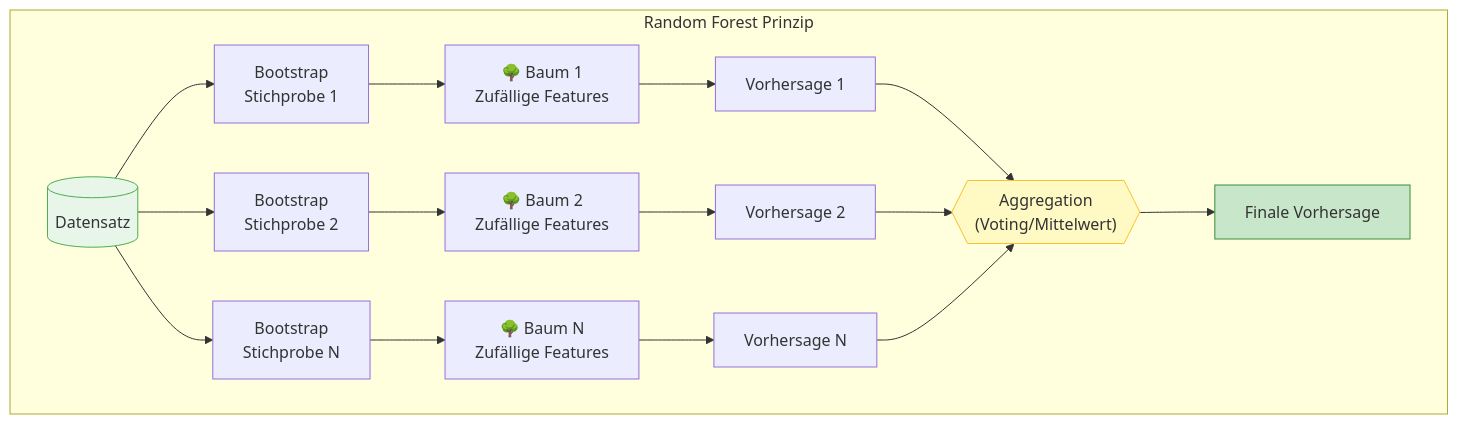
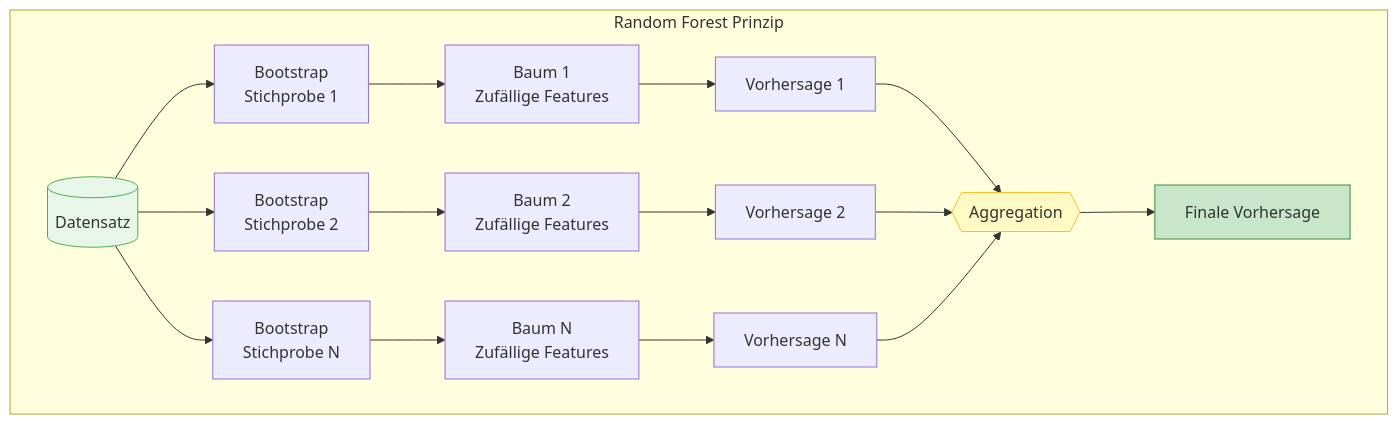
The third of 5 diagrams in docs/concepts/modeling/ensemble.md (ralf-42/ML_Intro), drawn with Mermaid before and after one commit.

````diff
--- a/docs/concepts/modeling/ensemble.md
+++ b/docs/concepts/modeling/ensemble.md
@@ -121,26 +121,26 @@
 ```mermaid
 flowchart TD
     subgraph RF["Random Forest Prinzip"]
         D[("Datensatz")] --> B1["Bootstrap<br>Stichprobe 1"]
         D --> B2["Bootstrap<br>Stichprobe 2"]
         D --> BN["Bootstrap<br>Stichprobe N"]
-        
-        B1 --> T1["🌳 Baum 1<br>Zufällige Features"]
-        B2 --> T2["🌳 Baum 2<br>Zufällige Features"]
-        BN --> TN["🌳 Baum N<br>Zufällige Features"]
-        
+
+        B1 --> T1["Baum 1<br>Zufällige Features"]
+        B2 --> T2["Baum 2<br>Zufällige Features"]
+        BN --> TN["Baum N<br>Zufällige Features"]
+
         T1 --> V1["Vorhersage 1"]
         T2 --> V2["Vorhersage 2"]
         TN --> VN["Vorhersage N"]
-        
-        V1 --> AGG{{"Aggregation<br>(Voting/Mittelwert)"}}
+
+        V1 --> AGG{{"Aggregation"}}
         V2 --> AGG
         VN --> AGG
-        
+
         AGG --> FINAL["Finale Vorhersage"]
     end
-    
+
     style D fill:#e8f5e9,stroke:#4caf50
     style AGG fill:#fff9c4,stroke:#fbc02d
     style FINAL fill:#c8e6c9,stroke:#388e3c
 ```
````
